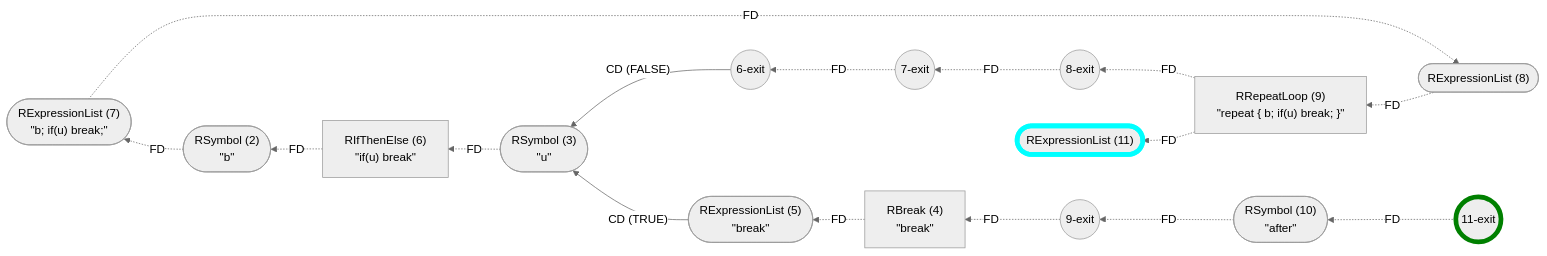
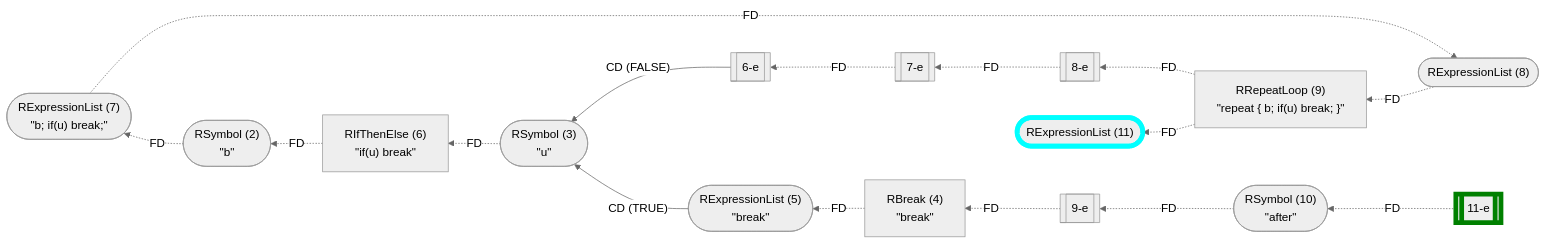
One commit to flowr-analysis/flowr changed diagram 11 of 23 in wiki/Control Flow Graph.md. Above: the diagram before and after it, drawn with Mermaid (neutral theme). The commit also changed other lines of this file and 9 other files, not shown here.

````diff
--- a/wiki/Control Flow Graph.md
+++ b/wiki/Control Flow Graph.md
@@ -819,42 +714,42 @@
 ```mermaid
 flowchart RL
     n11(["`RExpressionList (11)`"])
     n8(["`RExpressionList (8)`"])
     n7(["`RExpressionList (7)
 #34;b; if(u) break;#34;`"])
     n2(["`RSymbol (2)
 #34;b#34;`"])
     n6["`RIfThenElse (6)
 #34;if(u) break#34;`"]
-    n6-exit((6-exit))
+    n6-e[[6-e]]
     n3(["`RSymbol (3)
 #34;u#34;`"])
     n5(["`RExpressionList (5)
 #34;break#34;`"])
     n4["`RBreak (4)
 #34;break#34;`"]
-    n7-exit((7-exit))
-    n8-exit((8-exit))
+    n7-e[[7-e]]
+    n8-e[[8-e]]
     n9["`RRepeatLoop (9)
 #34;repeat #123; b; if(u) break; #125;#34;`"]
-    n9-exit((9-exit))
+    n9-e[[9-e]]
     n10(["`RSymbol (10)
 #34;after#34;`"])
-    n11-exit((11-exit))
+    n11-e[[11-e]]
     n9 -.->|"FD"| n11
-    n9 -.->|"FD"| n8-exit
+    n9 -.->|"FD"| n8-e
     n7 -.->|"FD"| n8
     n2 -.->|"FD"| n7
     n6 -.->|"FD"| n2
     n4 -.->|"FD"| n5
     n5 -->|"CD (TRUE)"| n3
     n3 -.->|"FD"| n6
-    n6-exit -->|"CD (FALSE)"| n3
-    n7-exit -.->|"FD"| n6-exit
-    n8-exit -.->|"FD"| n7-exit
+    n6-e -->|"CD (FALSE)"| n3
+    n7-e -.->|"FD"| n6-e
+    n8-e -.->|"FD"| n7-e
     n8 -.->|"FD"| n9
-    n9-exit -.->|"FD"| n4
-    n10 -.->|"FD"| n9-exit
-    n11-exit -.->|"FD"| n10
-    style n11 stroke:cyan,stroke-width:6.5px;    style n11-exit stroke:green,stroke-width:6.5px;
+    n9-e -.->|"FD"| n4
+    n10 -.->|"FD"| n9-e
+    n11-e -.->|"FD"| n10
+    style n11 stroke:cyan,stroke-width:6.5px;    style n11-e stroke:green,stroke-width:6.5px;
 ```
````
